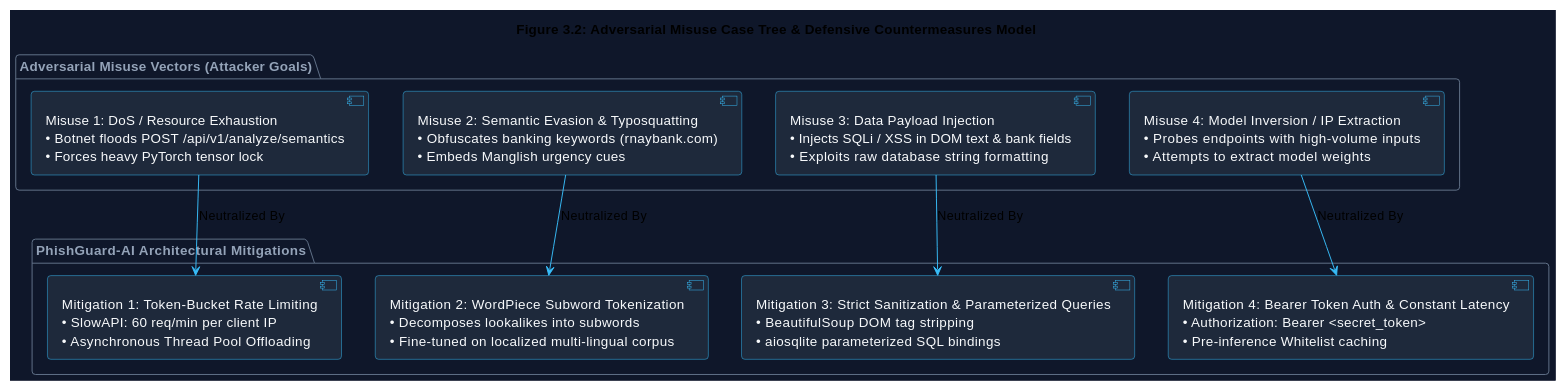
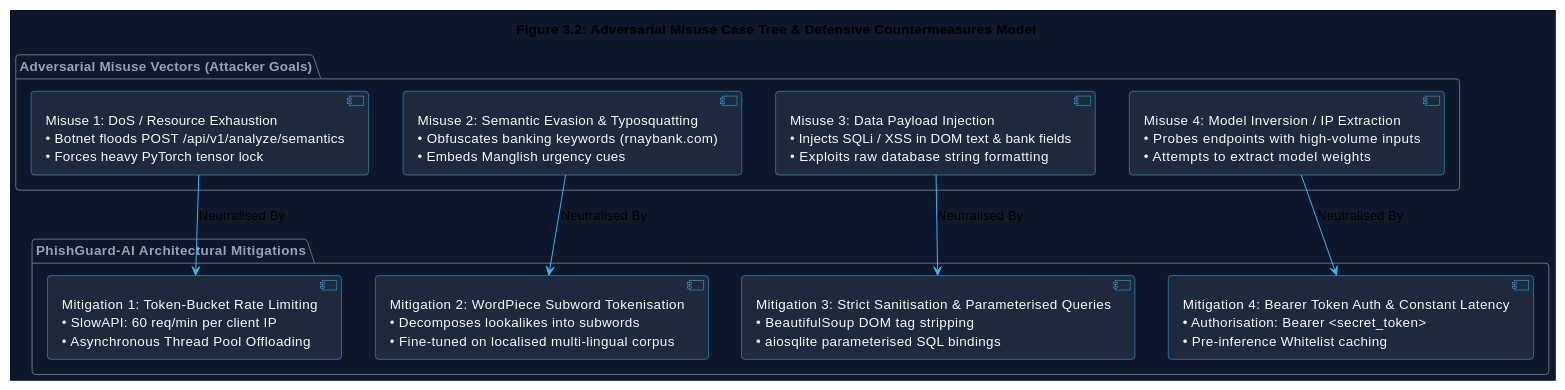
One commit to KunTheNoobie/PhishGuard-AI-Complete changed the second of 4 diagrams in report/Chapter_3_Methodology.md. Above: the diagram before and after it, drawn with PlantUML. The commit also changed other lines of this file, not shown here.

````diff
--- a/report/Chapter_3_Methodology.md
+++ b/report/Chapter_3_Methodology.md
@@ -155,34 +155,34 @@
 ```plantuml
 @startuml Misuse_Case_Tree_Chapter_3
 !theme vibrant
 skinparam backgroundColor #0f172a
 skinparam ArrowColor #38bdf8
 skinparam ComponentBorderColor #38bdf8
 skinparam ComponentBackgroundColor #1e293b
 skinparam ComponentFontColor #f8fafc
 skinparam PackageBorderColor #64748b
 skinparam PackageFontColor #94a3b8
 
 title Figure 3.2: Adversarial Misuse Case Tree & Defensive Countermeasures Model
 
 package "Adversarial Misuse Vectors (Attacker Goals)" {
     [Misuse 1: DoS / Resource Exhaustion\n• Botnet floods POST /api/v1/analyze/semantics\n• Forces heavy PyTorch tensor lock] as Misuse1
     [Misuse 2: Semantic Evasion & Typosquatting\n• Obfuscates banking keywords (rnaybank.com)\n• Embeds Manglish urgency cues] as Misuse2
     [Misuse 3: Data Payload Injection\n• Injects SQLi / XSS in DOM text & bank fields\n• Exploits raw database string formatting] as Misuse3
     [Misuse 4: Model Inversion / IP Extraction\n• Probes endpoints with high-volume inputs\n• Attempts to extract model weights] as Misuse4
 }
 
 package "PhishGuard-AI Architectural Mitigations" {
     [Mitigation 1: Token-Bucket Rate Limiting\n• SlowAPI: 60 req/min per client IP\n• Asynchronous Thread Pool Offloading] as Mit1
-    [Mitigation 2: WordPiece Subword Tokenization\n• Decomposes lookalikes into subwords\n• Fine-tuned on localized multi-lingual corpus] as Mit2
-    [Mitigation 3: Strict Sanitization & Parameterized Queries\n• BeautifulSoup DOM tag stripping\n• aiosqlite parameterized SQL bindings] as Mit3
-    [Mitigation 4: Bearer Token Auth & Constant Latency\n• Authorization: Bearer <secret_token>\n• Pre-inference Whitelist caching] as Mit4
+    [Mitigation 2: WordPiece Subword Tokenisation\n• Decomposes lookalikes into subwords\n• Fine-tuned on localised multi-lingual corpus] as Mit2
+    [Mitigation 3: Strict Sanitisation & Parameterised Queries\n• BeautifulSoup DOM tag stripping\n• aiosqlite parameterised SQL bindings] as Mit3
+    [Mitigation 4: Bearer Token Auth & Constant Latency\n• Authorisation: Bearer <secret_token>\n• Pre-inference Whitelist caching] as Mit4
 }
 
-Misuse1 -down-> Mit1 : Neutralized By
-Misuse2 -down-> Mit2 : Neutralized By
-Misuse3 -down-> Mit3 : Neutralized By
-Misuse4 -down-> Mit4 : Neutralized By
+Misuse1 -down-> Mit1 : Neutralised By
+Misuse2 -down-> Mit2 : Neutralised By
+Misuse3 -down-> Mit3 : Neutralised By
+Misuse4 -down-> Mit4 : Neutralised By
 
 @enduml
 ```
````
